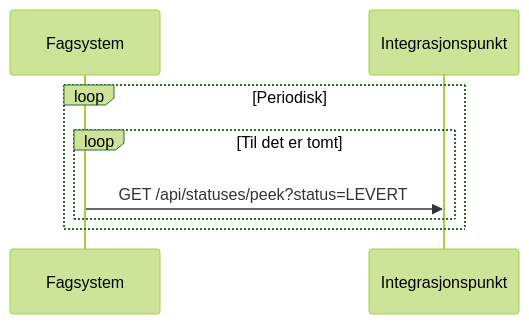
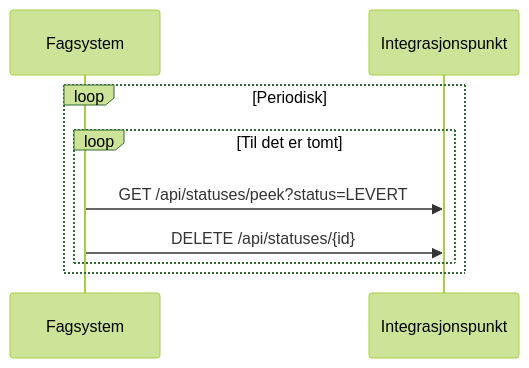
One commit to felleslosninger/docs changed the fifth of 7 diagrams in _docs/eFormidling/Utvikling/integrasjonspunkt_eformidling2_api.md. Above: the diagram before and after it, drawn with Mermaid (forest theme). The commit also changed 6 other files, not shown here.

```diff
--- a/_docs/eFormidling/Utvikling/integrasjonspunkt_eformidling2_api.md
+++ b/_docs/eFormidling/Utvikling/integrasjonspunkt_eformidling2_api.md
@@ -161,15 +161,16 @@
 <div class="mermaid">
 
 sequenceDiagram
 participant fs as Fagsystem
 participant ip as Integrasjonspunkt
 
     loop Periodisk
 
         loop Til det er tomt
             fs->>ip: GET /api/statuses/peek?status=LEVERT
+            fs->>ip: DELETE /api/statuses/{id}
         end
 
     end
 
 </div>
```
